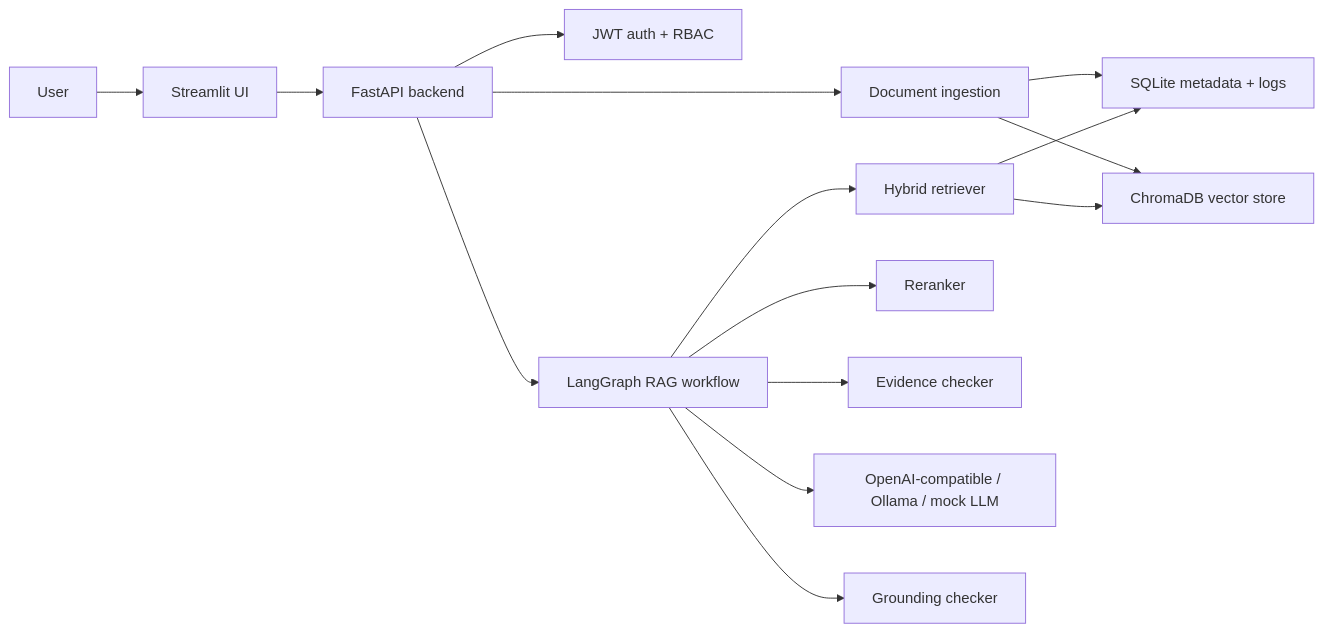
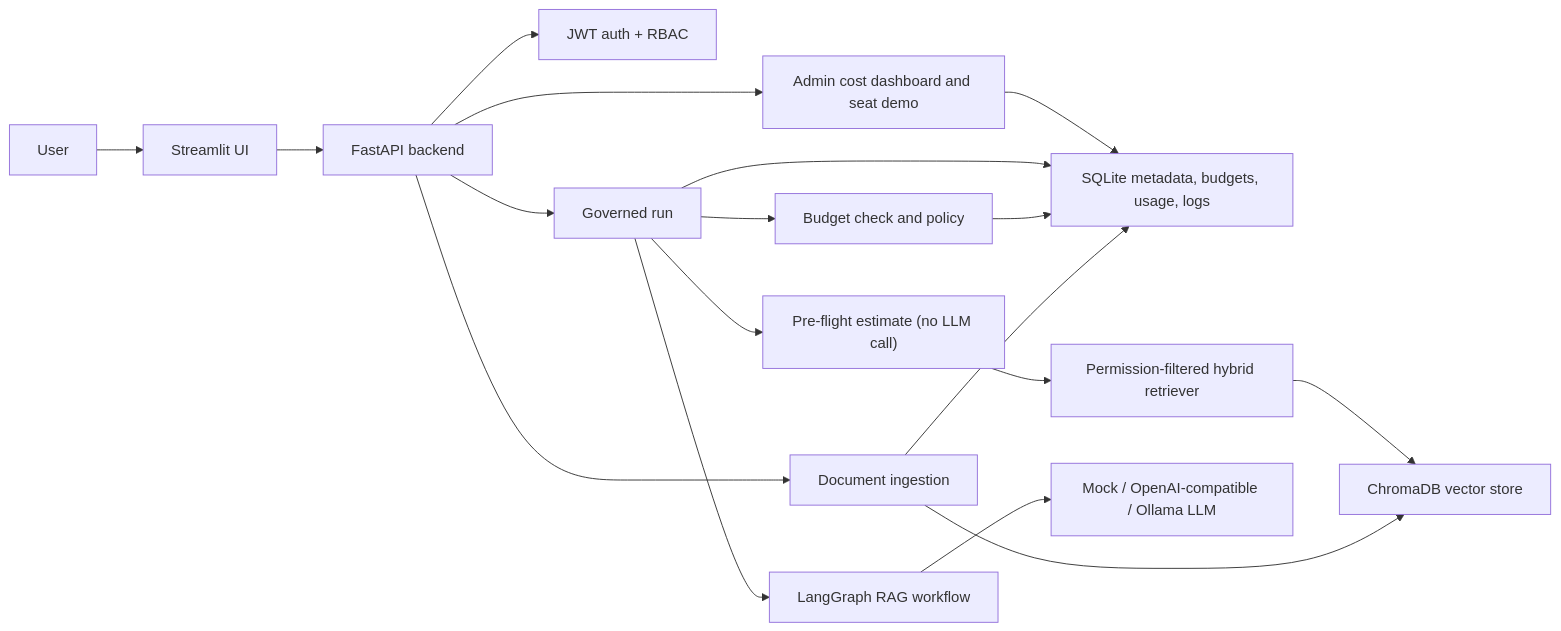
One commit to LemeshKN/secure-office-rag-assistant changed the diagram in README.md. Above: the diagram before and after it, drawn with Mermaid. The commit also changed other lines of this file and 2 other files, not shown here.

Commit message:
Level 10: cost settings, README for cost governance

````diff
--- a/README.md
+++ b/README.md
@@ -27,17 +38,20 @@
 ```mermaid
 flowchart LR
     User["User"] --> UI["Streamlit UI"]
     UI --> API["FastAPI backend"]
     API --> Auth["JWT auth + RBAC"]
     API --> Ingest["Document ingestion"]
-    Ingest --> SQLite["SQLite metadata + logs"]
+    Ingest --> SQLite["SQLite metadata, budgets, usage, logs"]
     Ingest --> Chroma["ChromaDB vector store"]
-    API --> Graph["LangGraph RAG workflow"]
-    Graph --> Hybrid["Hybrid retriever"]
+    API --> Gov["Governed run"]
+    Gov --> Est["Pre-flight estimate (no LLM call)"]
+    Est --> Hybrid["Permission-filtered hybrid retriever"]
     Hybrid --> Chroma
-    Hybrid --> SQLite
-    Graph --> Rerank["Reranker"]
-    Graph --> Evidence["Evidence checker"]
-    Graph --> LLM["OpenAI-compatible / Ollama / mock LLM"]
-    Graph --> Grounding["Grounding checker"]
+    Gov --> Policy["Budget check and policy"]
+    Policy --> SQLite
+    Gov --> Graph["LangGraph RAG workflow"]
+    Graph --> LLM["Mock / OpenAI-compatible / Ollama LLM"]
+    Gov --> SQLite
+    API --> Dash["Admin cost dashboard and seat demo"]
+    Dash --> SQLite
 ```
````
